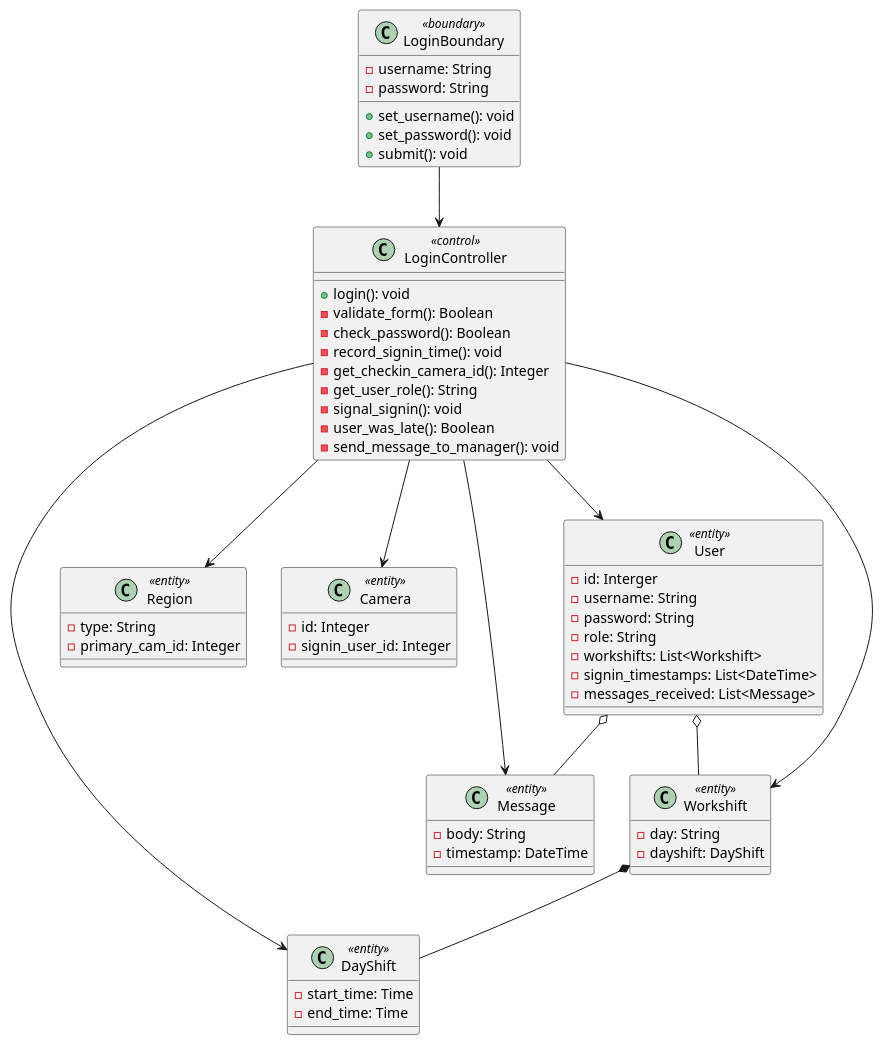
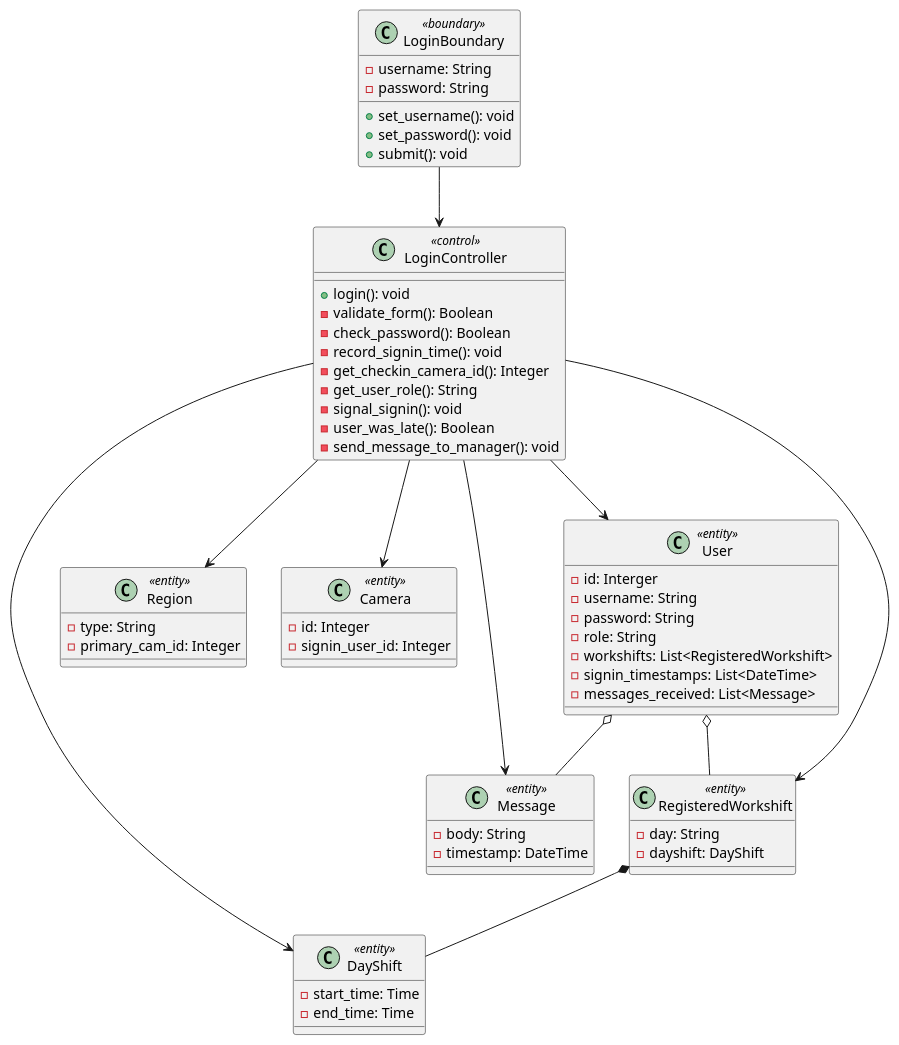
One commit to LapTQ/MCT changed the diagram in docs/UML/Class Diagrams/sign-in.pu. Above: the diagram before and after it, drawn with PlantUML. The commit also changed 10 other files, not shown here.

```diff
--- a/docs/UML/Class Diagrams/sign-in.pu
+++ b/docs/UML/Class Diagrams/sign-in.pu
@@ -1,71 +1,71 @@
 @startuml
 
 class LoginBoundary <<boundary>> {
     - username: String
     - password: String
     
     + set_username(): void
     + set_password(): void
     + submit(): void
 }
 
 class LoginController <<control>> {
 
     + login(): void
     - validate_form(): Boolean
     - check_password(): Boolean
     - record_signin_time(): void
     - get_checkin_camera_id(): Integer
     - get_user_role(): String
     - signal_signin(): void
     - user_was_late(): Boolean
     - send_message_to_manager(): void
 }
 
 class User <<entity>> {
     - id: Interger
     - username: String
     - password: String
     - role: String
-    - workshifts: List<Workshift>
+    - workshifts: List<RegisteredWorkshift>
     - signin_timestamps: List<DateTime>
     - messages_received: List<Message>
 }
 
 class Region <<entity>> {
     - type: String
     - primary_cam_id: Integer
 }
 
 class Camera <<entity>> {
     - id: Integer
     - signin_user_id: Integer
 }
 
-class Workshift <<entity>> {
+class RegisteredWorkshift <<entity>> {
     - day: String
     - dayshift: DayShift
 }
 
 class DayShift <<entity>> {
     - start_time: Time
     - end_time: Time
 }
 
 class Message <<entity>> {
     - body: String
     - timestamp: DateTime
 }
 
 LoginBoundary --> LoginController
 LoginController --> User
 LoginController --> Region
 LoginController --> Camera
-LoginController --> Workshift
+LoginController --> RegisteredWorkshift
 LoginController --> DayShift
 LoginController --> Message
-User o-- Workshift
-Workshift *-- DayShift
+User o-- RegisteredWorkshift
+RegisteredWorkshift *-- DayShift
 User o-- Message
 
 @enduml
```
